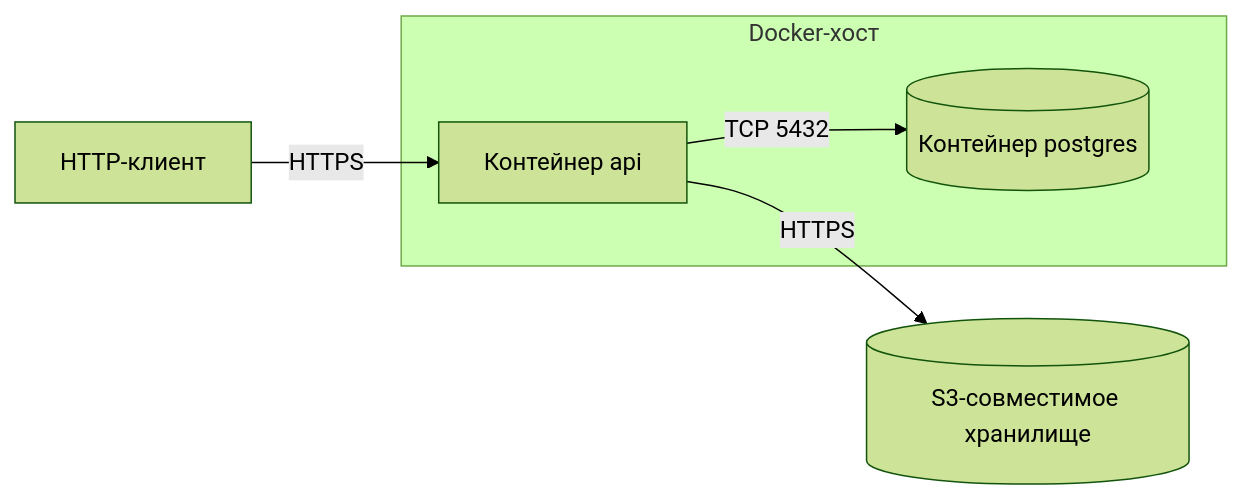
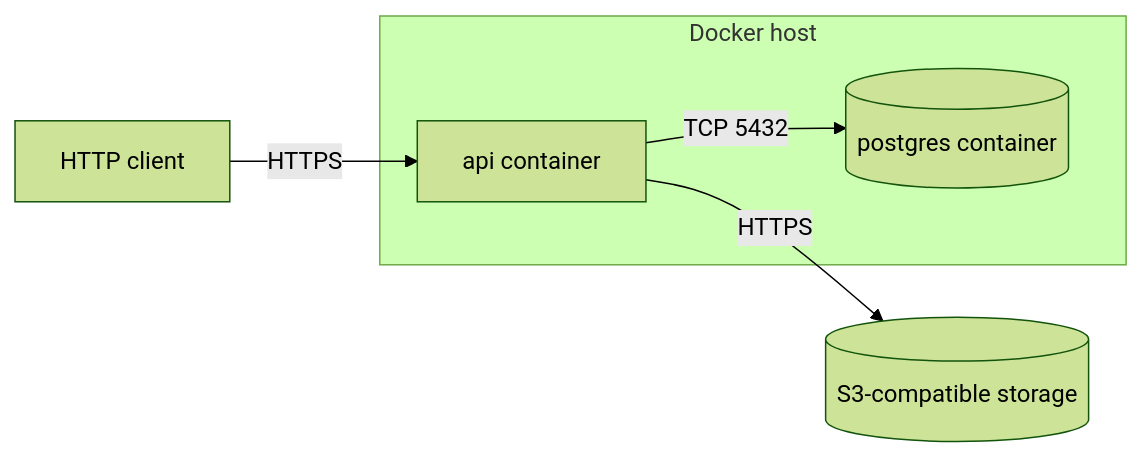
The eighth of 8 diagrams in courses-content/backend/A/1/en/0.2 UML-диаграммы.md (pavel-skripko-innowise/inno-fe-be-a1), drawn with Mermaid (forest theme) before and after one commit. The commit also changed other lines of this file and 35 other files, not shown here.

````diff
--- a/courses-content/backend/A/1/en/0.2 UML-диаграммы.md
+++ b/courses-content/backend/A/1/en/0.2 UML-диаграммы.md
@@ -252,10 +252,10 @@
 ```mermaid
 flowchart LR
-  Client[HTTP-клиент] -->|HTTPS| Api
-  subgraph Host [Docker-хост]
-    Api[Контейнер api]
-    Db[(Контейнер postgres)]
+  Client[HTTP client] -->|HTTPS| Api
+  subgraph Host [Docker host]
+    Api[api container]
+    Db[(postgres container)]
   end
   Api -->|TCP 5432| Db
-  Api -->|HTTPS| S3[(S3-совместимое хранилище)]
+  Api -->|HTTPS| S3[(S3-compatible storage)]
 ```
````
